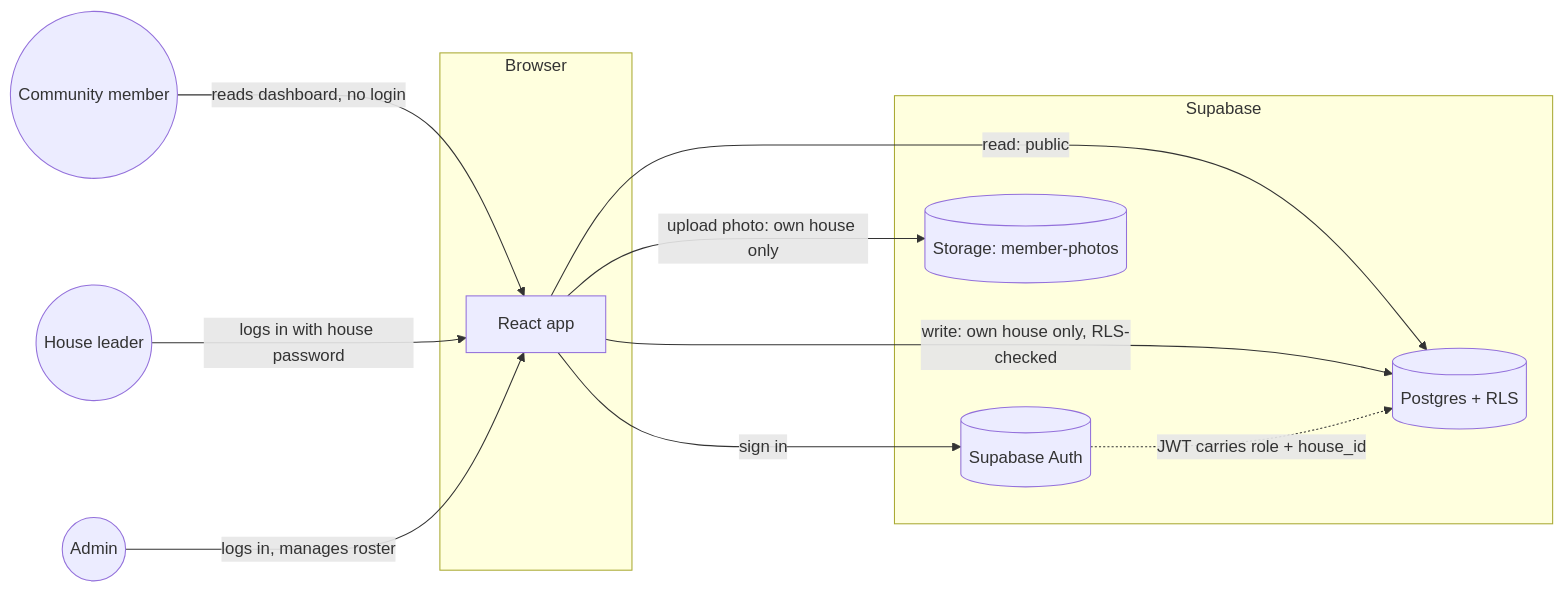
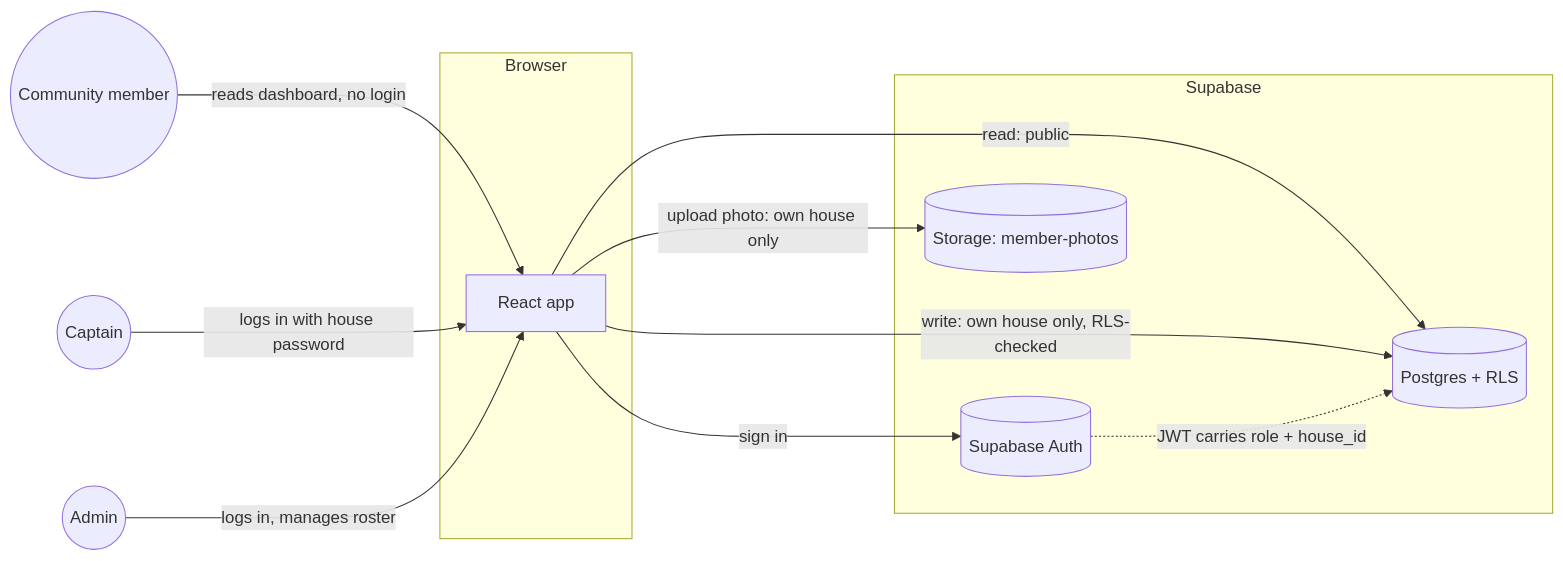
One commit to nurmuhammedkanybekov/tdJamaat-v2 changed the first of 3 diagrams in README.md. Above: the diagram before and after it, drawn with Mermaid. The commit also changed other lines of this file, not shown here.

````diff
--- a/README.md
+++ b/README.md
@@ -174,21 +171,21 @@
 ```mermaid
 graph LR
     subgraph Browser
         UI[React app]
     end
     subgraph Supabase
         Auth[(Supabase Auth)]
         DB[(Postgres + RLS)]
         Storage[(Storage: member-photos)]
     end
 
     Visitor((Community member)) -->|reads dashboard, no login| UI
-    Leader((House leader)) -->|logs in with house password| UI
+    Captain((Captain)) -->|logs in with house password| UI
     Admin((Admin)) -->|logs in, manages roster| UI
 
     UI -->|sign in| Auth
     UI -->|read: public| DB
     UI -->|write: own house only, RLS-checked| DB
     UI -->|upload photo: own house only| Storage
     Auth -.JWT carries role + house_id.-> DB
 ```
````
